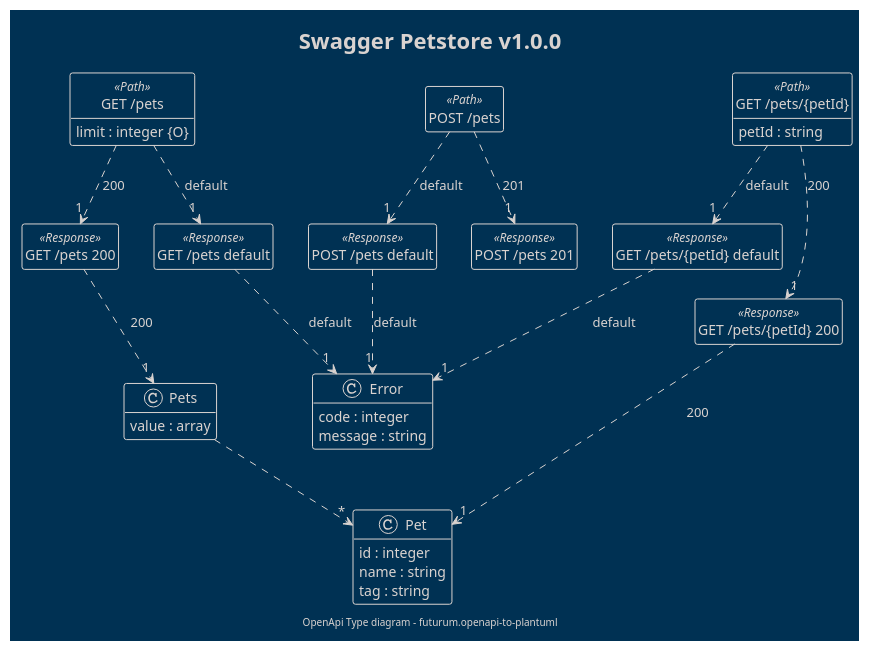
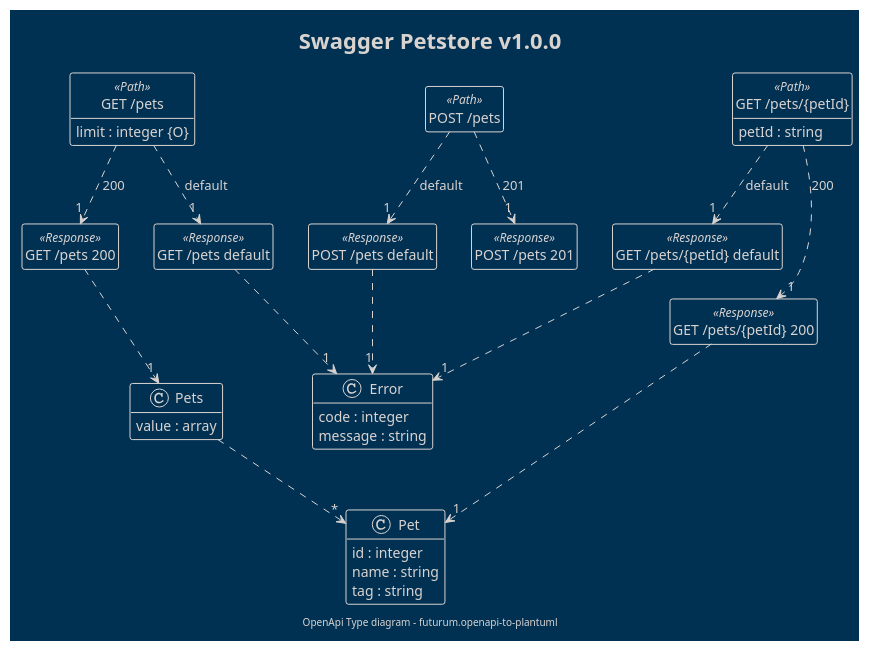
The diagram in openapi/openapi-petstore-simple-openapi-type.puml (futurum-dev/futurum.openapi-to-plantuml), drawn with PlantUML before and after one commit. The commit also changed 4 other files, not shown here.

```diff
--- a/openapi/openapi-petstore-simple-openapi-type.puml
+++ b/openapi/openapi-petstore-simple-openapi-type.puml
@@ -1,53 +1,53 @@
 @startuml OpenApi Type diagram
 !theme blueprint
 
 hide <<Path>> circle
 hide <<Response>> circle
 hide <<Parameter>> circle
 hide empty methods
 hide empty fields
 set namespaceSeparator none
 
 title Swagger Petstore v1.0.0
 footer OpenApi Type diagram - futurum.openapi-to-plantuml
 class "GET /pets" <<Path>> {
 {field} limit : integer {O}
 }
 class "GET /pets 200" <<Response>> { }
 class "GET /pets default" <<Response>> { }
 class "POST /pets" <<Path>> {
 }
 class "POST /pets 201" <<Response>> { }
 class "POST /pets default" <<Response>> { }
 class "GET /pets/{petId}" <<Path>> {
 {field} petId : string
 }
 class "GET /pets/{petId} 200" <<Response>> { }
 class "GET /pets/{petId} default" <<Response>> { }
 class Pet {
 {field} id : integer
 {field} name : string
 {field} tag : string
 }
 class Pets {
 {field} value : array
 }
 class Error {
 {field} code : integer
 {field} message : string
 }
 "GET /pets" ..> "1" "GET /pets 200" : "200"
-"GET /pets 200" ..> "1" "Pets" : "200"
+"GET /pets 200" ..> "1" "Pets"
 "GET /pets" ..> "1" "GET /pets default" : "default"
-"GET /pets default" ..> "1" "Error" : "default"
+"GET /pets default" ..> "1" "Error"
 "POST /pets" ..> "1" "POST /pets 201" : "201"
 "POST /pets" ..> "1" "POST /pets default" : "default"
-"POST /pets default" ..> "1" "Error" : "default"
+"POST /pets default" ..> "1" "Error"
 "GET /pets/{petId}" ..> "1" "GET /pets/{petId} 200" : "200"
-"GET /pets/{petId} 200" ..> "1" "Pet" : "200"
+"GET /pets/{petId} 200" ..> "1" "Pet"
 "GET /pets/{petId}" ..> "1" "GET /pets/{petId} default" : "default"
-"GET /pets/{petId} default" ..> "1" "Error" : "default"
+"GET /pets/{petId} default" ..> "1" "Error"
 "Pets" ..> "*" "Pet"
 
 
 @enduml
```
